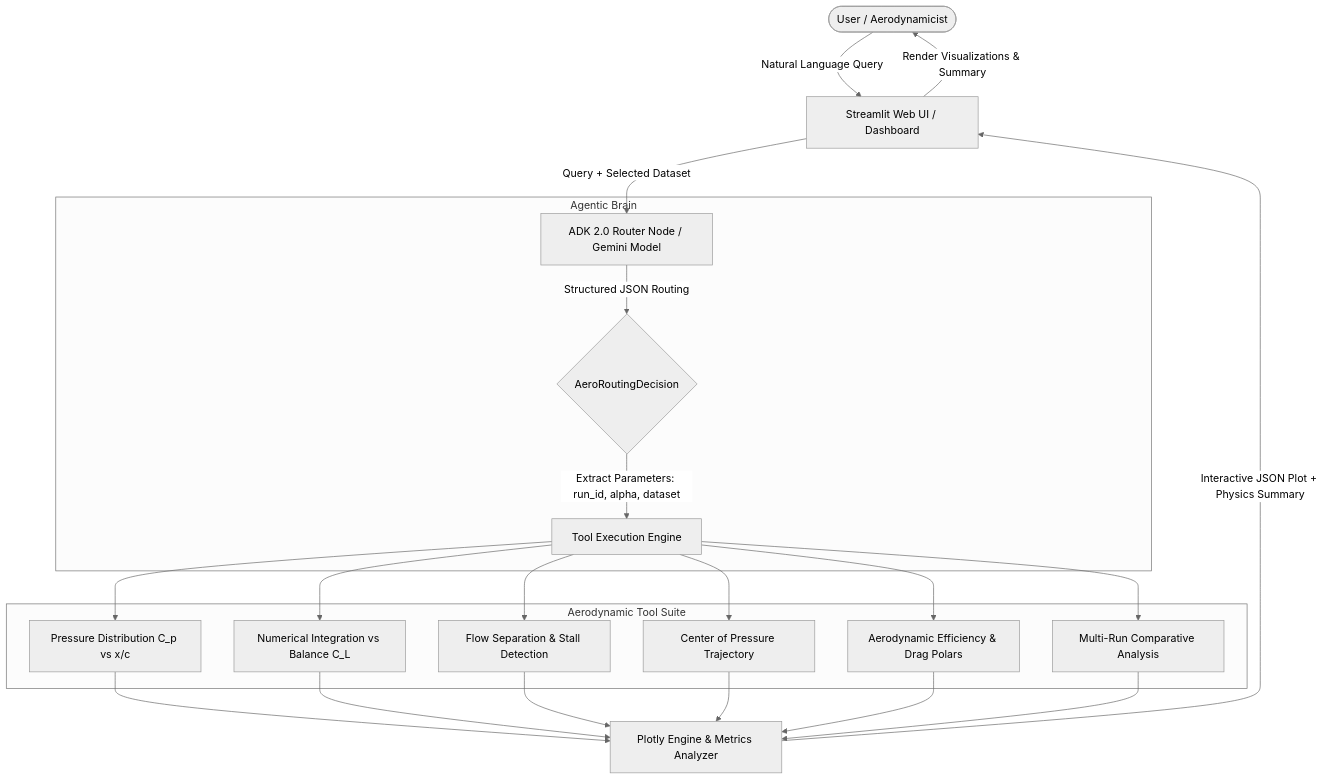
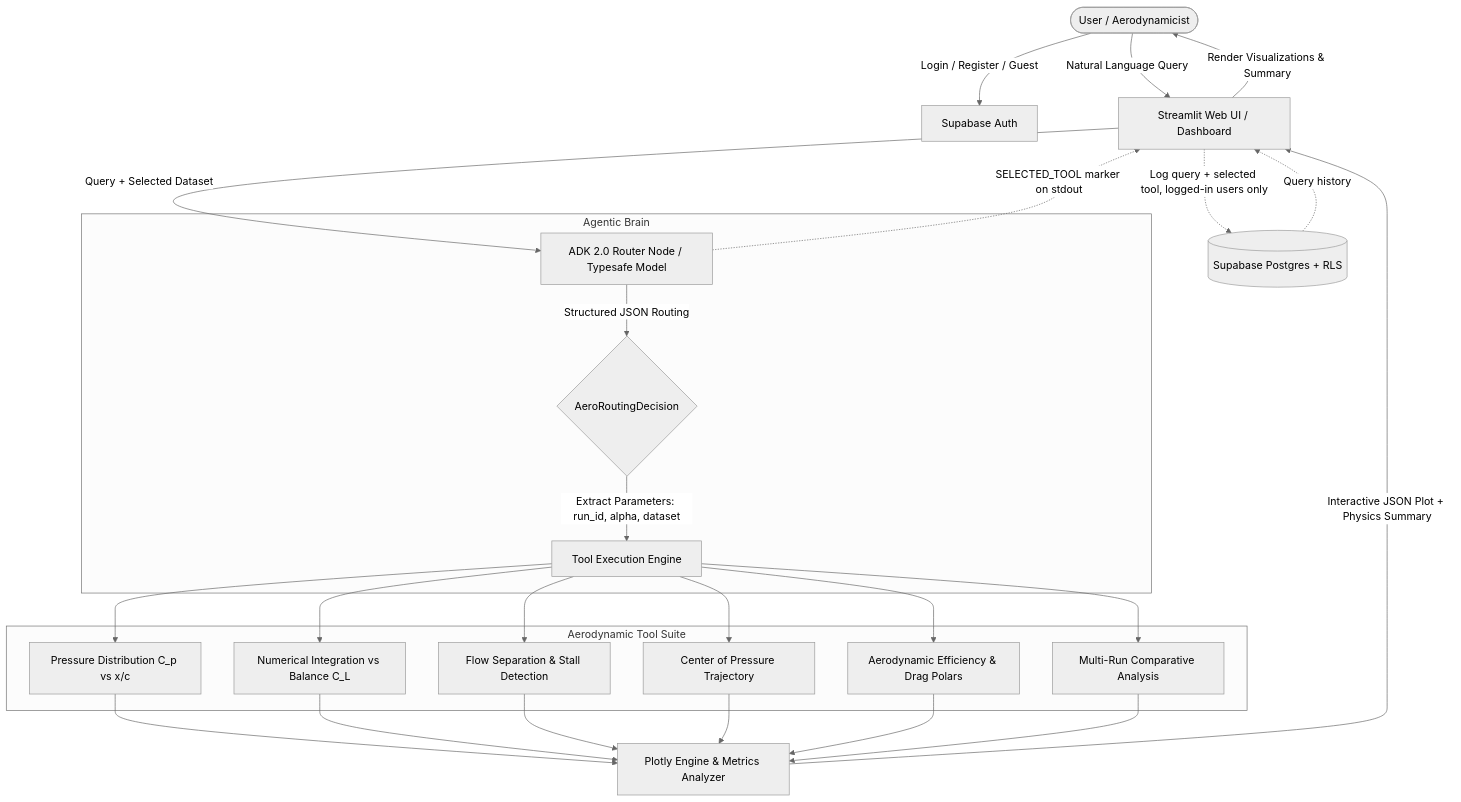
Before and after one commit to intelligence-csd-auth-gr/agentic-wind-tunnel-analysis: the diagram in README.md, drawn with Mermaid (neutral theme). The commit also changed other lines of this file, not shown here.

Commit message:
docs: update README for TypeSafe System One and Supabase features

````diff
--- a/README.md
+++ b/README.md
@@ -114,23 +117,28 @@
 ```mermaid
 flowchart TD
-    User([User / Aerodynamicist]) -->|Natural Language Query| UI[Streamlit Web UI / Dashboard]
-    UI -->|Query + Selected Dataset| Router[ADK 2.0 Router Node / Gemini Model]
-    
+    User([User / Aerodynamicist]) -->|Login / Register / Guest| Auth[Supabase Auth]
+    User -->|Natural Language Query| UI[Streamlit Web UI / Dashboard]
+    UI -->|Query + Selected Dataset| Router[ADK 2.0 Router Node / Typesafe Model]
+
     subgraph Agentic Brain
         Router -->|Structured JSON Routing| Decision{AeroRoutingDecision}
         Decision -->|Extract Parameters: run_id, alpha, dataset| Tools
     end
 
     subgraph Aerodynamic Tool Suite
         Tools[Tool Execution Engine] --> T1[Pressure Distribution C_p vs x/c]
         Tools --> T2[Numerical Integration vs Balance C_L]
         Tools --> T3[Flow Separation & Stall Detection]
         Tools --> T4[Center of Pressure Trajectory]
         Tools --> T5[Aerodynamic Efficiency & Drag Polars]
         Tools --> T6[Multi-Run Comparative Analysis]
     end
 
     T1 & T2 & T3 & T4 & T5 & T6 --> PlotEngine[Plotly Engine & Metrics Analyzer]
     PlotEngine -->|Interactive JSON Plot + Physics Summary| UI
     UI -->|Render Visualizations & Summary| User
+
+    Router -.->|SELECTED_TOOL marker on stdout| UI
+    UI -.->|Log query + selected tool, logged-in users only| DB[(Supabase Postgres + RLS)]
+    DB -.->|Query history| UI
 ```
````
